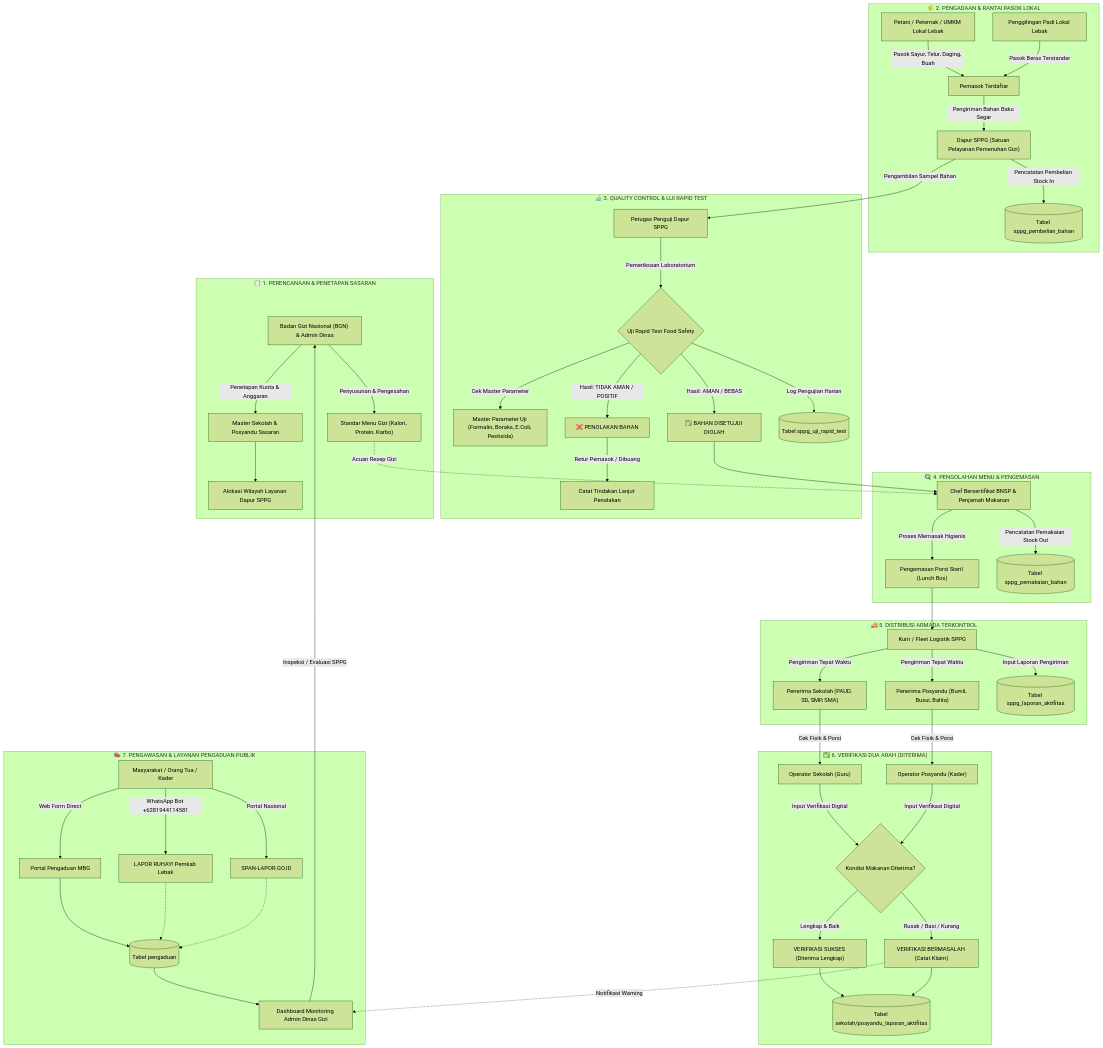
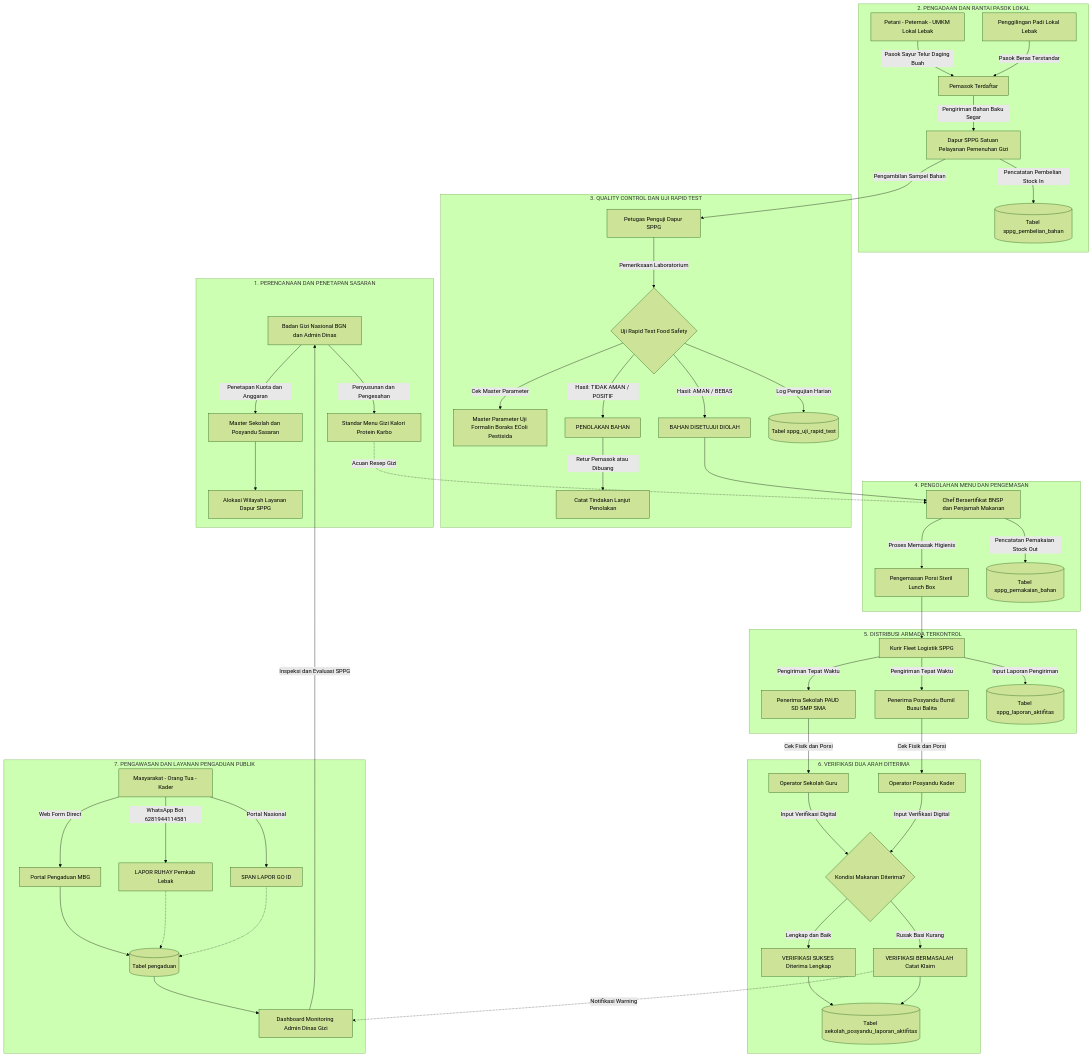
One commit to moriuz123/mbg changed the diagram in proses_bisnis.md. Above: the diagram before and after it, drawn with Mermaid (forest theme). The commit also changed 3 other files, not shown here.

Commit message:
fix(mermaid): remove unescaped & character operators inside edge texts and titles to fix parse error on line 11

````diff
--- a/proses_bisnis.md
+++ b/proses_bisnis.md
@@ -9,83 +9,83 @@
 ```mermaid
 flowchart TD
     %% ==========================================
-    %% PHASE 1: PERENCANAAN & TARGETING
+    %% 1. PERENCANAAN DAN TARGETING
     %% ==========================================
-    subgraph PERENCANAAN ["📋 1. PERENCANAAN & PENETAPAN SASARAN"]
-        A1["Badan Gizi Nasional (BGN) & Admin Dinas"] -->|Penetapan Kuota & Anggaran| A2["Master Sekolah & Posyandu Sasaran"]
-        A1 -->|Penyusunan & Pengesahan| A3["Standar Menu Gizi (Kalori, Protein, Karbo)"]
+    subgraph PERENCANAAN ["1. PERENCANAAN DAN PENETAPAN SASARAN"]
+        A1["Badan Gizi Nasional BGN dan Admin Dinas"] -->|Penetapan Kuota dan Anggaran| A2["Master Sekolah dan Posyandu Sasaran"]
+        A1 -->|Penyusunan dan Pengesahan| A3["Standar Menu Gizi Kalori Protein Karbo"]
         A2 --> A4["Alokasi Wilayah Layanan Dapur SPPG"]
     end
 
     %% ==========================================
-    %% PHASE 2: RANTAI PASOK & SUPPLIER
+    %% 2. RANTAI PASOK DAN SUPPLIER
     %% ==========================================
-    subgraph LOGISTIK ["🌾 2. PENGADAAN & RANTAI PASOK LOKAL"]
-        B1["Petani / Peternak / UMKM Lokal Lebak"] -->|Pasok Sayur, Telur, Daging, Buah| B2["Pemasok Terdaftar"]
+    subgraph LOGISTIK ["2. PENGADAAN DAN RANTAI PASOK LOKAL"]
+        B1["Petani - Peternak - UMKM Lokal Lebak"] -->|Pasok Sayur Telur Daging Buah| B2["Pemasok Terdaftar"]
         B3["Penggilingan Padi Lokal Lebak"] -->|Pasok Beras Terstandar| B2
-        B2 -->|Pengiriman Bahan Baku Segar| B4["Dapur SPPG (Satuan Pelayanan Pemenuhan Gizi)"]
+        B2 -->|Pengiriman Bahan Baku Segar| B4["Dapur SPPG Satuan Pelayanan Pemenuhan Gizi"]
         B4 -->|Pencatatan Pembelian Stock In| DB1[("Tabel sppg_pembelian_bahan")]
     end
 
     %% ==========================================
-    %% PHASE 3: QUALITY CONTROL & RAPID TEST
+    %% 3. QUALITY CONTROL DAN RAPID TEST
     %% ==========================================
-    subgraph INSPEKSI ["🔬 3. QUALITY CONTROL & UJI RAPID TEST"]
+    subgraph INSPEKSI ["3. QUALITY CONTROL DAN UJI RAPID TEST"]
         B4 -->|Pengambilan Sampel Bahan| C1["Petugas Penguji Dapur SPPG"]
         C1 -->|Pemeriksaan Laboratorium| C2{"Uji Rapid Test Food Safety"}
-        C2 -->|Cek Master Parameter| C3["Master Parameter Uji (Formalin, Boraks, E.Coli, Pestisida)"]
+        C2 -->|Cek Master Parameter| C3["Master Parameter Uji Formalin Boraks EColi Pestisida"]
         
-        C2 -->|Hasil: TIDAK AMAN / POSITIF| C4["❌ PENOLAKAN BAHAN"]
-        C4 -->|Retur Pemasok / Dibuang| C5["Catat Tindakan Lanjut Penolakan"]
+        C2 -->|Hasil: TIDAK AMAN / POSITIF| C4["PENOLAKAN BAHAN"]
+        C4 -->|Retur Pemasok atau Dibuang| C5["Catat Tindakan Lanjut Penolakan"]
         
-        C2 -->|Hasil: AMAN / BEBAS| C6["✅ BAHAN DISETUJUI DIOLAH"]
+        C2 -->|Hasil: AMAN / BEBAS| C6["BAHAN DISETUJUI DIOLAH"]
         C2 -->|Log Pengujian Harian| DB2[("Tabel sppg_uji_rapid_test")]
     end
 
     %% ==========================================
-    %% PHASE 4: PENGOLAHAN & MEMASAK
+    %% 4. PENGOLAHAN DAN MEMASAK
     %% ==========================================
-    subgraph DAPUR ["🍳 4. PENGOLAHAN MENU & PENGEMASAN"]
-        C6 --> D1["Chef Bersertifikat BNSP & Penjamah Makanan"]
+    subgraph DAPUR ["4. PENGOLAHAN MENU DAN PENGEMASAN"]
+        C6 --> D1["Chef Bersertifikat BNSP dan Penjamah Makanan"]
         A3 -.->|Acuan Resep Gizi| D1
-        D1 -->|Proses Memasak Higienis| D2["Pengemasan Porsi Steril (Lunch Box)"]
+        D1 -->|Proses Memasak Higienis| D2["Pengemasan Porsi Steril Lunch Box"]
         D1 -->|Pencatatan Pemakaian Stock Out| DB3[("Tabel sppg_pemakaian_bahan")]
     end
 
     %% ==========================================
-    %% PHASE 5: DISTRIBUSI & LOGISTIK
+    %% 5. DISTRIBUSI DAN LOGISTIK
     %% ==========================================
-    subgraph DISTRIBUSI ["🚚 5. DISTRIBUSI ARMADA TERKONTROL"]
-        D2 --> E1["Kurir / Fleet Logistik SPPG"]
-        E1 -->|Pengiriman Tepat Waktu| E2["Penerima Sekolah (PAUD, SD, SMP, SMA)"]
-        E1 -->|Pengiriman Tepat Waktu| E3["Penerima Posyandu (Bumil, Busui, Balita)"]
+    subgraph DISTRIBUSI ["5. DISTRIBUSI ARMADA TERKONTROL"]
+        D2 --> E1["Kurir Fleet Logistik SPPG"]
+        E1 -->|Pengiriman Tepat Waktu| E2["Penerima Sekolah PAUD SD SMP SMA"]
+        E1 -->|Pengiriman Tepat Waktu| E3["Penerima Posyandu Bumil Busui Balita"]
         E1 -->|Input Laporan Pengiriman| DB4[("Tabel sppg_laporan_aktifitas")]
     end
 
     %% ==========================================
-    %% PHASE 6: VERIFIKASI DUA ARAH
+    %% 6. VERIFIKASI DUA ARAH
     %% ==========================================
-    subgraph VERIFIKASI ["✅ 6. VERIFIKASI DUA ARAH (DITERIMA)"]
-        E2 -->|Cek Fisik & Porsi| F1["Operator Sekolah (Guru)"]
-        E3 -->|Cek Fisik & Porsi| F2["Operator Posyandu (Kader)"]
+    subgraph VERIFIKASI ["6. VERIFIKASI DUA ARAH DITERIMA"]
+        E2 -->|Cek Fisik dan Porsi| F1["Operator Sekolah Guru"]
+        E3 -->|Cek Fisik dan Porsi| F2["Operator Posyandu Kader"]
         
         F1 -->|Input Verifikasi Digital| F3{"Kondisi Makanan Diterima?"}
         F2 -->|Input Verifikasi Digital| F3
         
-        F3 -->|Lengkap & Baik| F4["VERIFIKASI SUKSES (Diterima Lengkap)"]
-        F3 -->|Rusak / Basi / Kurang| F5["VERIFIKASI BERMASALAH (Catat Klaim)"]
+        F3 -->|Lengkap dan Baik| F4["VERIFIKASI SUKSES Diterima Lengkap"]
+        F3 -->|Rusak Basi Kurang| F5["VERIFIKASI BERMASALAH Catat Klaim"]
         
-        F4 --> DB5[("Tabel sekolah/posyandu_laporan_aktifitas")]
+        F4 --> DB5[("Tabel sekolah_posyandu_laporan_aktifitas")]
         F5 --> DB5
     end
 
     %% ==========================================
-    %% PHASE 7: MONITORING & PENGADUAN PUBLIK
+    %% 7. MONITORING DAN PENGADUAN PUBLIK
     %% ==========================================
-    subgraph EVALUASI ["📣 7. PENGAWASAN & LAYANAN PENGADUAN PUBLIK"]
-        G1["Masyarakat / Orang Tua / Kader"] -->|Web Form Direct| G2["Portal Pengaduan MBG"]
-        G1 -->|WhatsApp Bot +6281944114581| G3["LAPOR RUHAY! Pemkab Lebak"]
-        G1 -->|Portal Nasional| G4["SPAN-LAPOR.GO.ID"]
+    subgraph EVALUASI ["7. PENGAWASAN DAN LAYANAN PENGADUAN PUBLIK"]
+        G1["Masyarakat - Orang Tua - Kader"] -->|Web Form Direct| G2["Portal Pengaduan MBG"]
+        G1 -->|WhatsApp Bot 6281944114581| G3["LAPOR RUHAY Pemkab Lebak"]
+        G1 -->|Portal Nasional| G4["SPAN LAPOR GO ID"]
         
         G2 --> DB6[("Tabel pengaduan")]
         G3 -.-> DB6
@@ -93,6 +93,6 @@
         
         DB6 --> H1["Dashboard Monitoring Admin Dinas Gizi"]
         F5 -.->|Notifikasi Warning| H1
-        H1 -->|Inspeksi / Evaluasi SPPG| A1
+        H1 -->|Inspeksi dan Evaluasi SPPG| A1
     end
 ```
````
